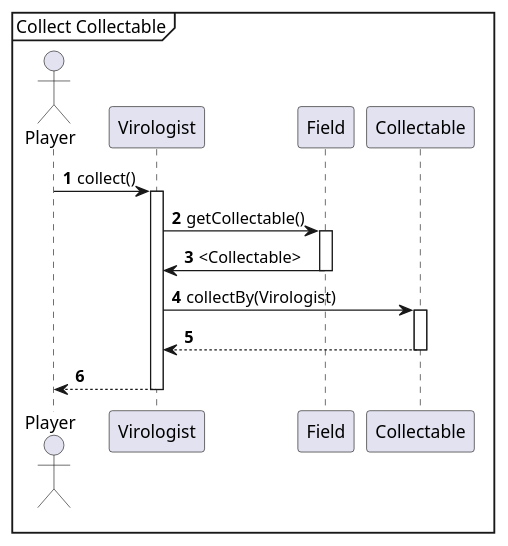
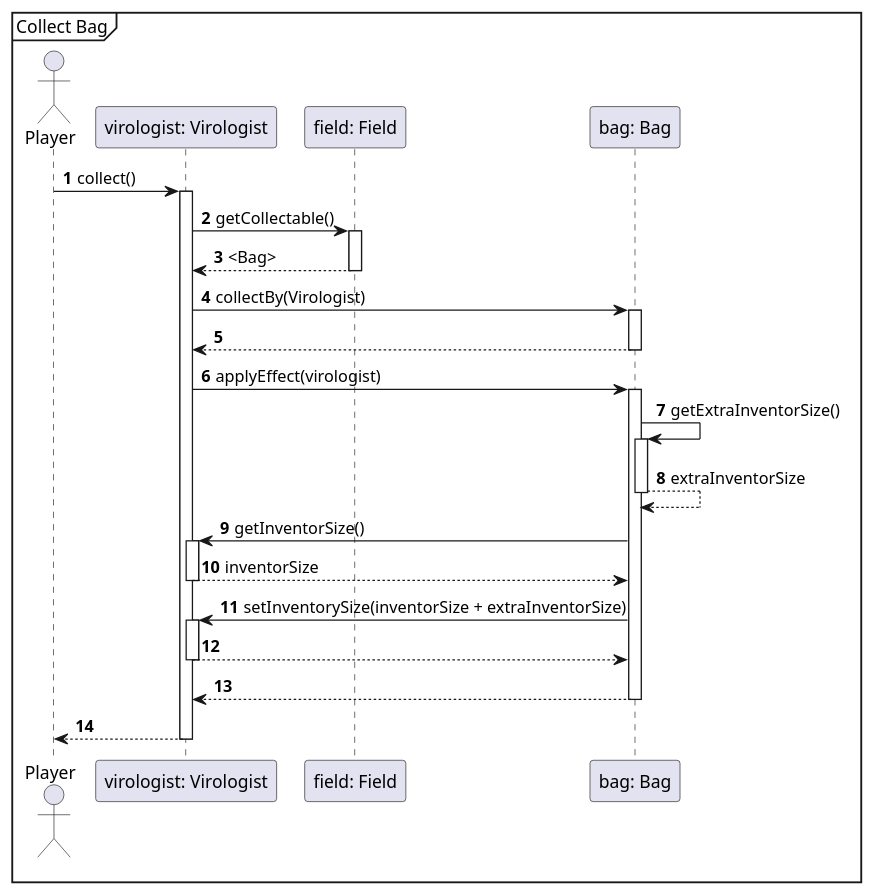
One commit to Projlab-csb/projlab-virologus changed the diagram in Exact Sequence-diagrams/CollectBag.puml. Above: the diagram before and after it, drawn with PlantUML. The commit also changed 20 other files, not shown here.

Commit message:
Little changes in sequences

```diff
--- a/Exact Sequence-diagrams/CollectBag.puml
+++ b/Exact Sequence-diagrams/CollectBag.puml
@@ -1,26 +1,41 @@
 @startuml
 'https://plantuml.com/sequence-diagram
 
 autonumber
 
-mainframe Collect Collectable
+mainframe Collect Bag
 
 actor Player
 
-Player -> Virologist: collect()
-Activate Virologist
+Player -> "virologist: Virologist": collect()
+Activate "virologist: Virologist"
 
-Virologist -> Field: getCollectable()
-Activate Field
-Field -> Virologist: <Collectable>
-Deactivate Field
+"virologist: Virologist" -> "field: Field": getCollectable()
+Activate "field: Field"
+"field: Field" --> "virologist: Virologist": <Bag>
+Deactivate "field: Field"
 
-Virologist -> Collectable: collectBy(Virologist)
-Activate Collectable
+"virologist: Virologist" -> "bag: Bag": collectBy(Virologist)
+Activate "bag: Bag"
+"bag: Bag" --> "virologist: Virologist":
+Deactivate "bag: Bag"
 
-Collectable --> Virologist:
-Deactivate Collectable
-Virologist --> Player
-Deactivate Virologist
+"virologist: Virologist" -> "bag: Bag"++ : applyEffect(virologist)
+
+'Itt miért kéri le magától a méretét?
+"bag: Bag" -> "bag: Bag"++ : getExtraInventorSize()
+"bag: Bag" --> "bag: Bag"-- : extraInventorSize
+
+"bag: Bag" -> "virologist: Virologist"++ : getInventorSize()
+"virologist: Virologist" --> "bag: Bag"-- : inventorSize
+
+"bag: Bag" -> "virologist: Virologist"++ : setInventorySize(inventorSize + extraInventorSize)
+"virologist: Virologist" --> "bag: Bag"--
+
+"bag: Bag" --> "virologist: Virologist"--
+
+
+"virologist: Virologist" --> Player
+Deactivate "virologist: Virologist"
 
 @enduml
```
